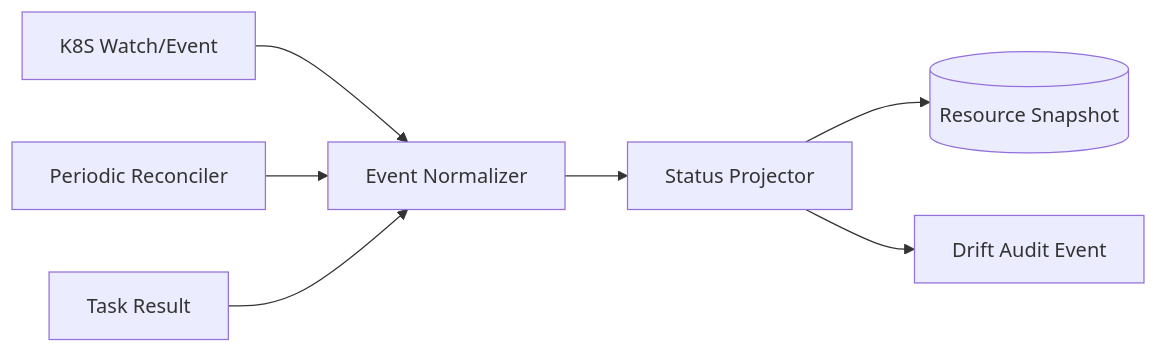
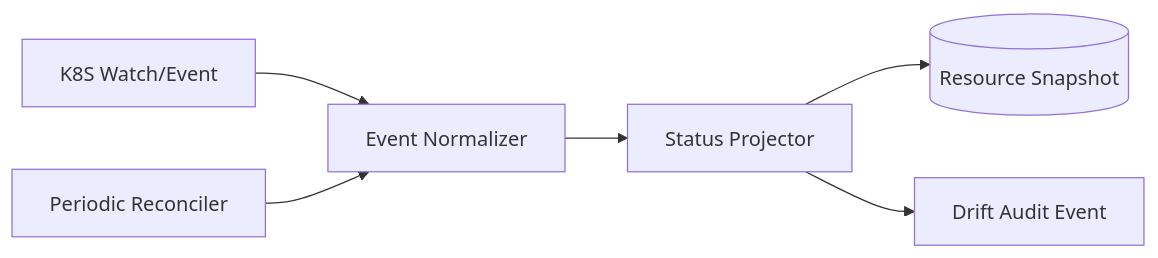
Diagram 13 of 24 in docs/design.md (sentanl869/aether), drawn with Mermaid before and after one commit. The commit also changed other lines of this file, not shown here.

Commit message:
[UPDATE]Align design Mermaid diagrams with chapter semantics

````diff
--- a/docs/design.md
+++ b/docs/design.md
@@ -1356,9 +1356,8 @@
 ```mermaid
 flowchart LR
   K8SEvent["K8S Watch/Event"] --> Normalizer["Event Normalizer"]
   Poller["Periodic Reconciler"] --> Normalizer
-  TaskResult["Task Result"] --> Normalizer
   Normalizer --> Projector["Status Projector"]
   Projector --> PG[("Resource Snapshot")]
   Projector --> Audit["Drift Audit Event"]
 ```
````
